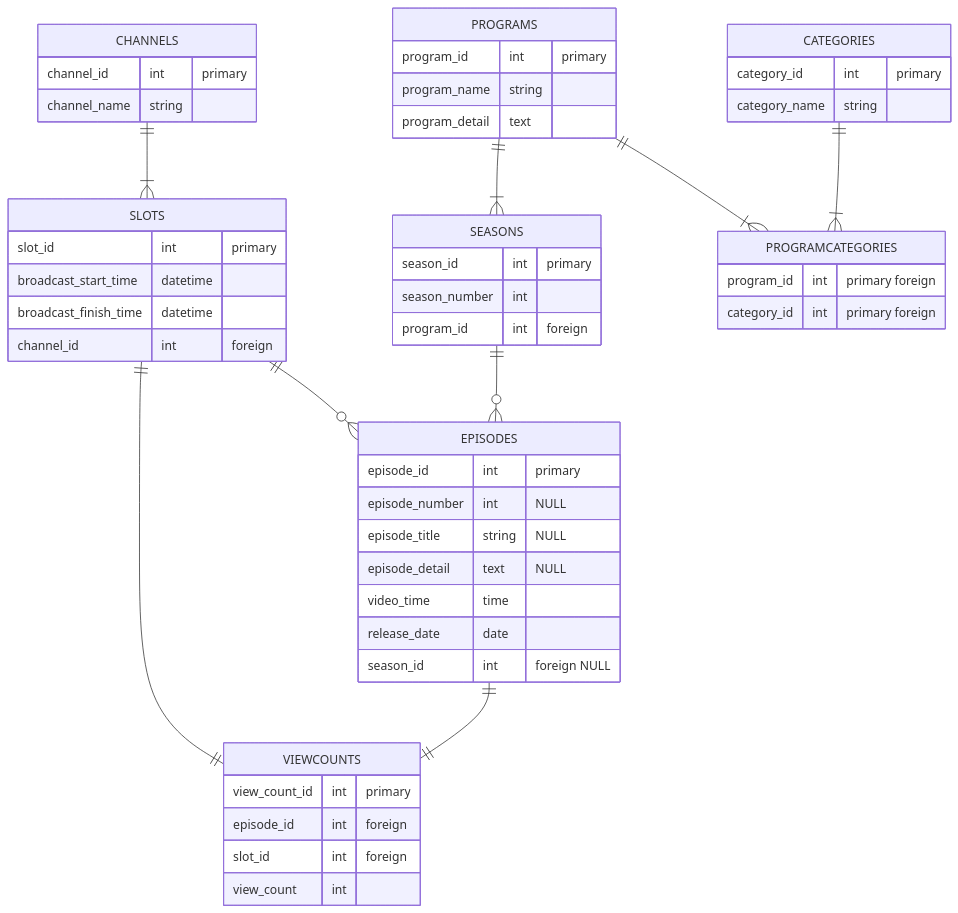
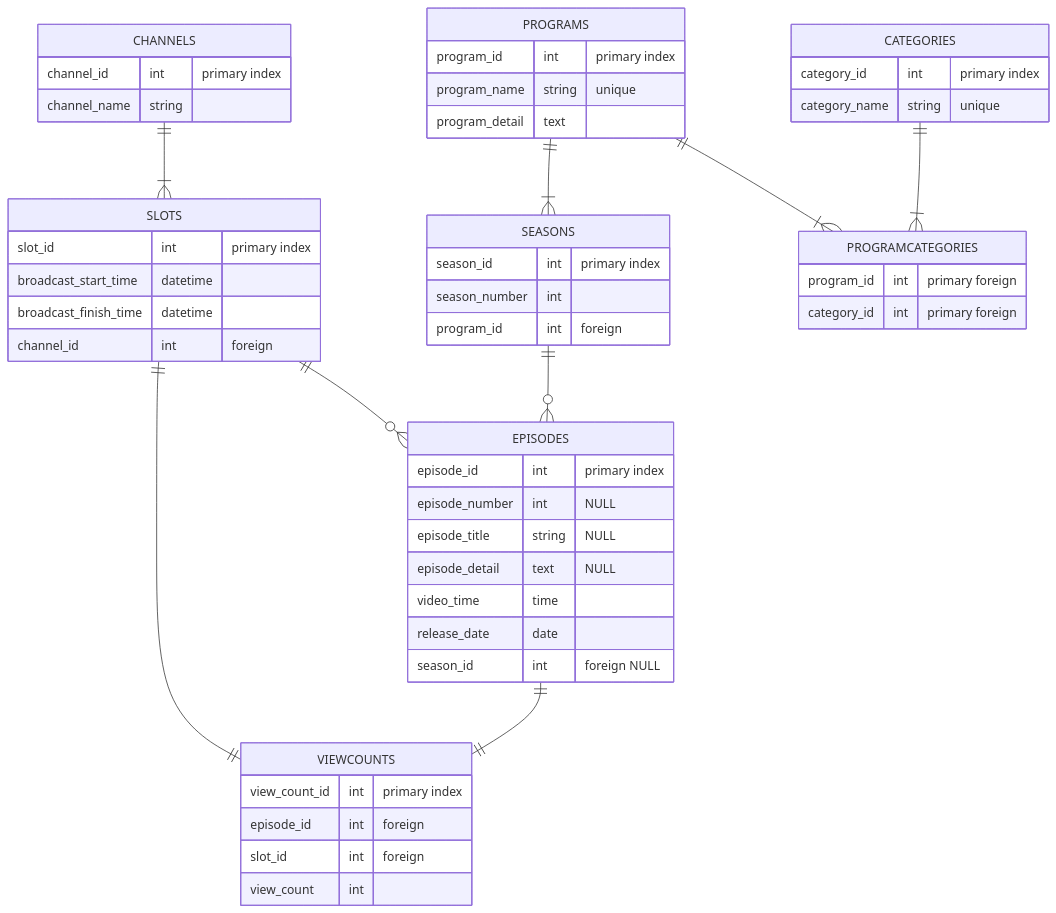
The diagram in abema_db_table.md (peterdo415/abema_db), drawn with Mermaid before and after one commit.

Commit message:
メイン変更、修正

````diff
--- a/abema_db_table.md
+++ b/abema_db_table.md
@@ -3,59 +3,59 @@
 ```mermaid
 
 erDiagram
  CHANNELS ||--|{ SLOTS : ""
  SLOTS ||--o{ EPISODES : ""
  PROGRAMS ||--|{ SEASONS : ""
  SEASONS ||--o{ EPISODES : ""
  PROGRAMS ||--|{ PROGRAMCATEGORIES : ""
  CATEGORIES ||--|{ PROGRAMCATEGORIES : ""
  SLOTS ||--|| VIEWCOUNTS : ""
  EPISODES ||--|| VIEWCOUNTS : ""
 
  CHANNELS {
- channel_id int "primary"
+ channel_id int "primary index"
  channel_name string 
  }
 
  SLOTS {
- slot_id int "primary"
+ slot_id int "primary index"
  broadcast_start_time datetime
  broadcast_finish_time datetime
  channel_id int "foreign"
  }
  PROGRAMS {
- program_id int "primary"
- program_name string
+ program_id int "primary index"
+ program_name string "unique"
  program_detail text
  }
  SEASONS {
- season_id int "primary"
+ season_id int "primary index"
  season_number int
  program_id int "foreign"
  }
  EPISODES {
- episode_id int "primary"
+ episode_id int "primary index"
  episode_number int "NULL"
  episode_title string "NULL"
  episode_detail text "NULL"
  video_time time
  release_date date
  season_id int "foreign NULL"
  }
  VIEWCOUNTS {
- view_count_id int "primary"
+ view_count_id int "primary index"
  episode_id int "foreign"
  slot_id int "foreign"
  view_count int
  }
  CATEGORIES {
- category_id int "primary"
- category_name string
+ category_id int "primary index"
+ category_name string "unique"
  }
  
  PROGRAMCATEGORIES {
  program_id int "primary foreign"
  category_id int "primary foreign"
  }
 
 ```
````
